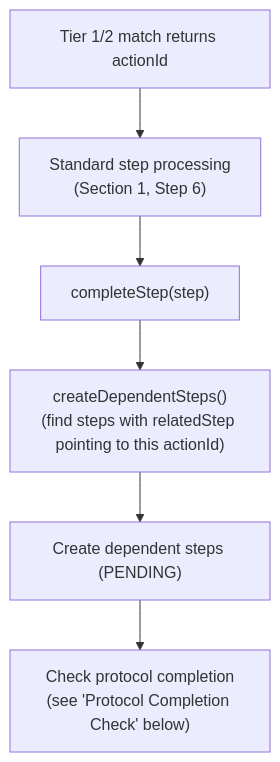
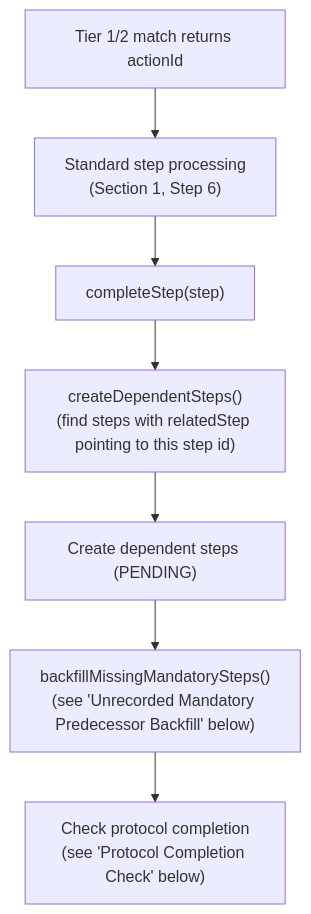
The tenth of 13 diagrams in docs/flow-diagrams.md (Jayaprakash8887/cce-compliance-service), drawn with Mermaid before and after one commit. The commit also changed other lines of this file and 6 other files, not shown here.

Commit message:
Addressing step instances for  unrecorded mandatory predecessor steps

````diff
--- a/docs/flow-diagrams.md
+++ b/docs/flow-diagrams.md
@@ -525,8 +525,9 @@
 ```mermaid
 flowchart TD
     MATCH["Tier 1/2 match returns actionId"] --> NORMAL["Standard step processing<br/>(Section 1, Step 6)"]
     NORMAL --> COMPLETE["completeStep(step)"]
-    COMPLETE --> DEPS["createDependentSteps()<br/>(find steps with relatedStep pointing to this actionId)"]
+    COMPLETE --> DEPS["createDependentSteps()<br/>(find steps with relatedStep pointing to this step id)"]
     DEPS --> CREATED["Create dependent steps (PENDING)"]
-    CREATED --> CHECK["Check protocol completion<br/>(see 'Protocol Completion Check' below)"]
+    CREATED --> BACKFILL["backfillMissingMandatorySteps()<br/>(see 'Unrecorded Mandatory Predecessor Backfill' below)"]
+    BACKFILL --> CHECK["Check protocol completion<br/>(see 'Protocol Completion Check' below)"]
 ```
````
